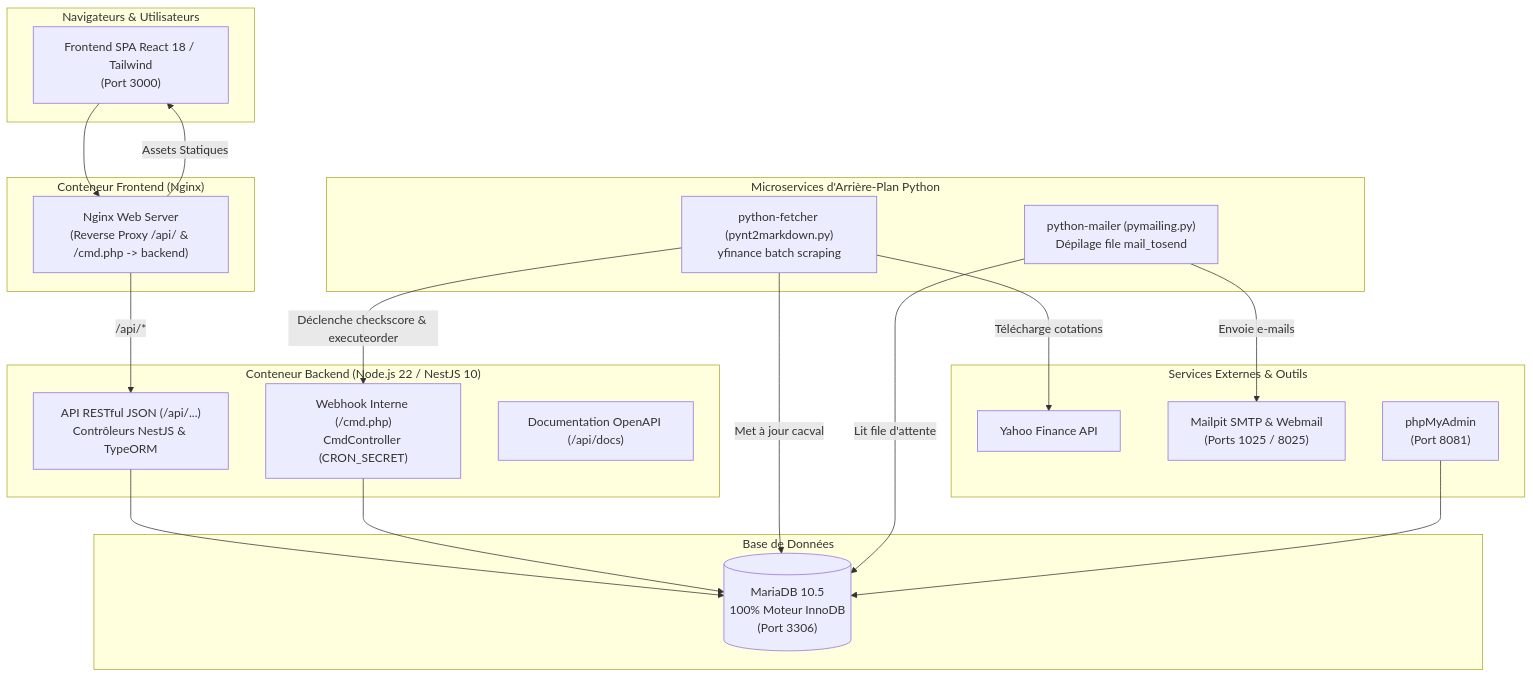
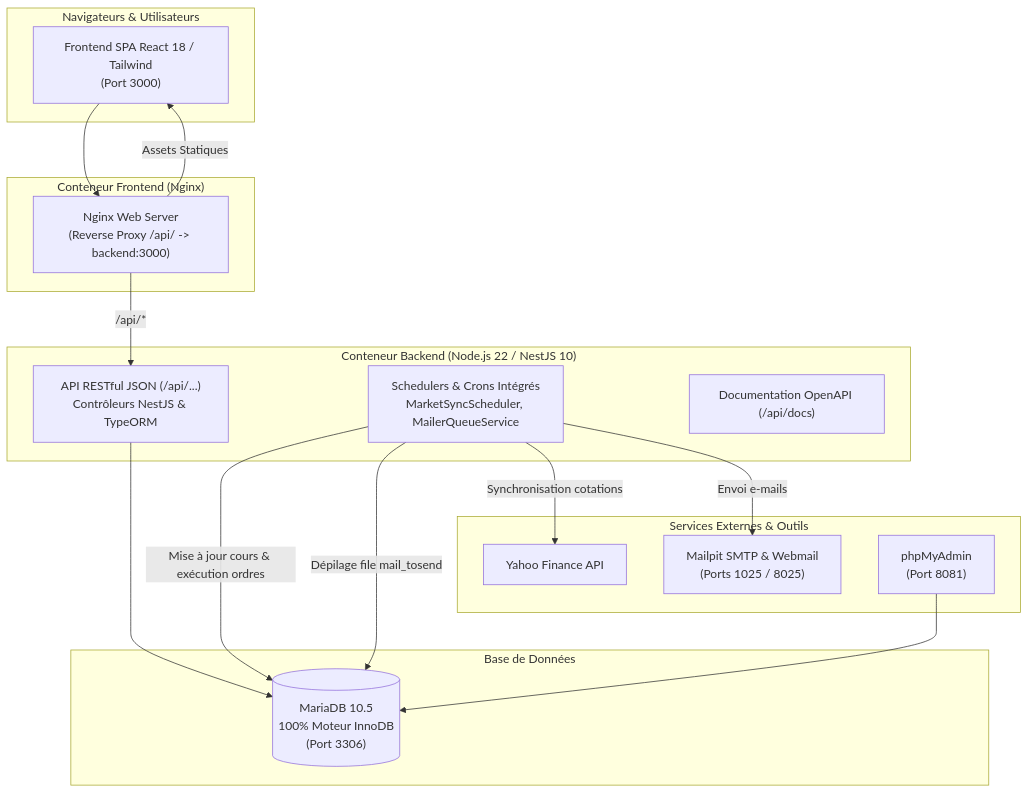
Before and after one commit to tetrok/nettrader: the diagram in README.md, drawn with Mermaid. The commit also changed other lines of this file and 15 other files, not shown here.

Commit message:
feat: unify background workers into NestJS and replace legacy cmd.php with JobsController

````diff
--- a/README.md
+++ b/README.md
@@ -36,45 +35,37 @@
 ```mermaid
 flowchart TB
     subgraph Clients ["Navigateurs & Utilisateurs"]
         SPA["Frontend SPA React 18 / Tailwind<br/>(Port 3000)"]
     end
 
     subgraph ReverseProxy ["Conteneur Frontend (Nginx)"]
-        NGX["Nginx Web Server<br/>(Reverse Proxy /api/ & /cmd.php -> backend)"]
+        NGX["Nginx Web Server<br/>(Reverse Proxy /api/ -> backend:3000)"]
     end
 
     subgraph Backend ["Conteneur Backend (Node.js 22 / NestJS 10)"]
         API["API RESTful JSON (/api/...)<br/>Contrôleurs NestJS & TypeORM"]
-        CMD_CTRL["Webhook Interne (/cmd.php)<br/>CmdController (CRON_SECRET)"]
+        CRON["Schedulers & Crons Intégrés<br/>MarketSyncScheduler, MailerQueueService"]
         SWAGGER["Documentation OpenAPI (/api/docs)"]
-    end
-
-    subgraph Workers ["Microservices d'Arrière-Plan Python"]
-        FETCH["python-fetcher (pynt2markdown.py)<br/>yfinance batch scraping"]
-        MAIL["python-mailer (pymailing.py)<br/>Dépilage file mail_tosend"]
     end
 
     subgraph External ["Services Externes & Outils"]
         YF["Yahoo Finance API"]
         MAILPIT["Mailpit SMTP & Webmail<br/>(Ports 1025 / 8025)"]
         PMA["phpMyAdmin<br/>(Port 8081)"]
     end
 
     subgraph Storage ["Base de Données"]
         DB[("MariaDB 10.5<br/>100% Moteur InnoDB<br/>(Port 3306)")]
     end
 
     SPA --> NGX
     NGX -->|Assets Statiques| SPA
     NGX -->|/api/*| API
     API --> DB
-    CMD_CTRL --> DB
 
-    FETCH -->|Télécharge cotations| YF
-    FETCH -->|Met à jour cacval| DB
-    FETCH -->|Déclenche checkscore & executeorder| CMD_CTRL
-
-    MAIL -->|Lit file d'attente| DB
-    MAIL -->|Envoie e-mails| MAILPIT
+    CRON -->|Synchronisation cotations| YF
+    CRON -->|Mise à jour cours & exécution ordres| DB
+    CRON -->|Dépilage file mail_tosend| DB
+    CRON -->|Envoi e-mails| MAILPIT
     PMA --> DB
 ```
````
